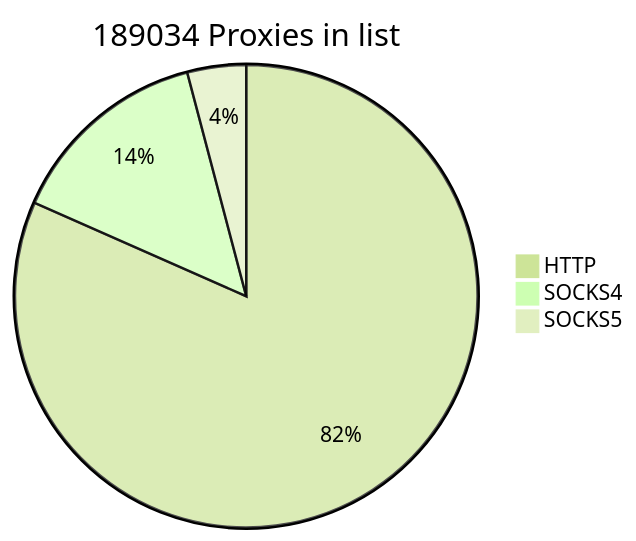
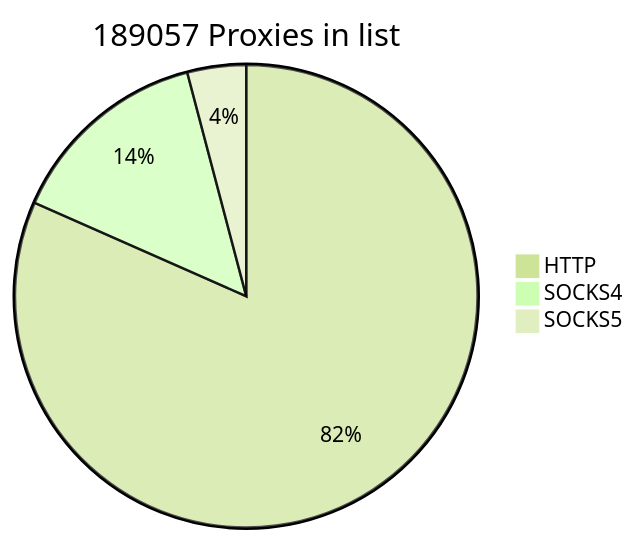
The first of 2 diagrams in README.md (cutipu/proxylist), drawn with Mermaid (forest theme) before and after one commit. The commit also changed other lines of this file, not shown here.

````diff
--- a/README.md
+++ b/README.md
@@ -2,7 +2,7 @@
 ```mermaid
-pie title 189034 Proxies in list
-    "HTTP" : 154290
+pie title 189057 Proxies in list
+    "HTTP" : 154313
     "SOCKS4" : 26982
     "SOCKS5" : 7762
             
 ```
````
